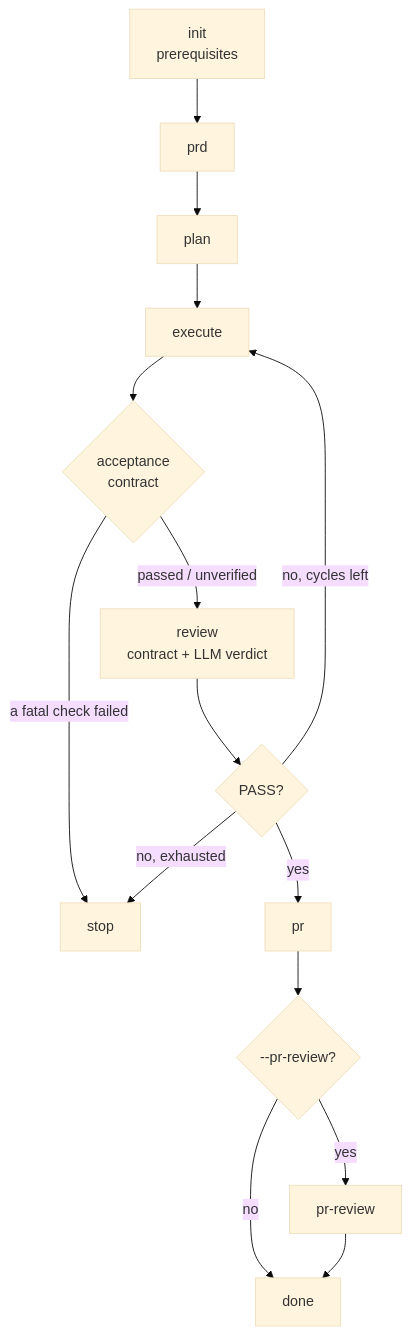
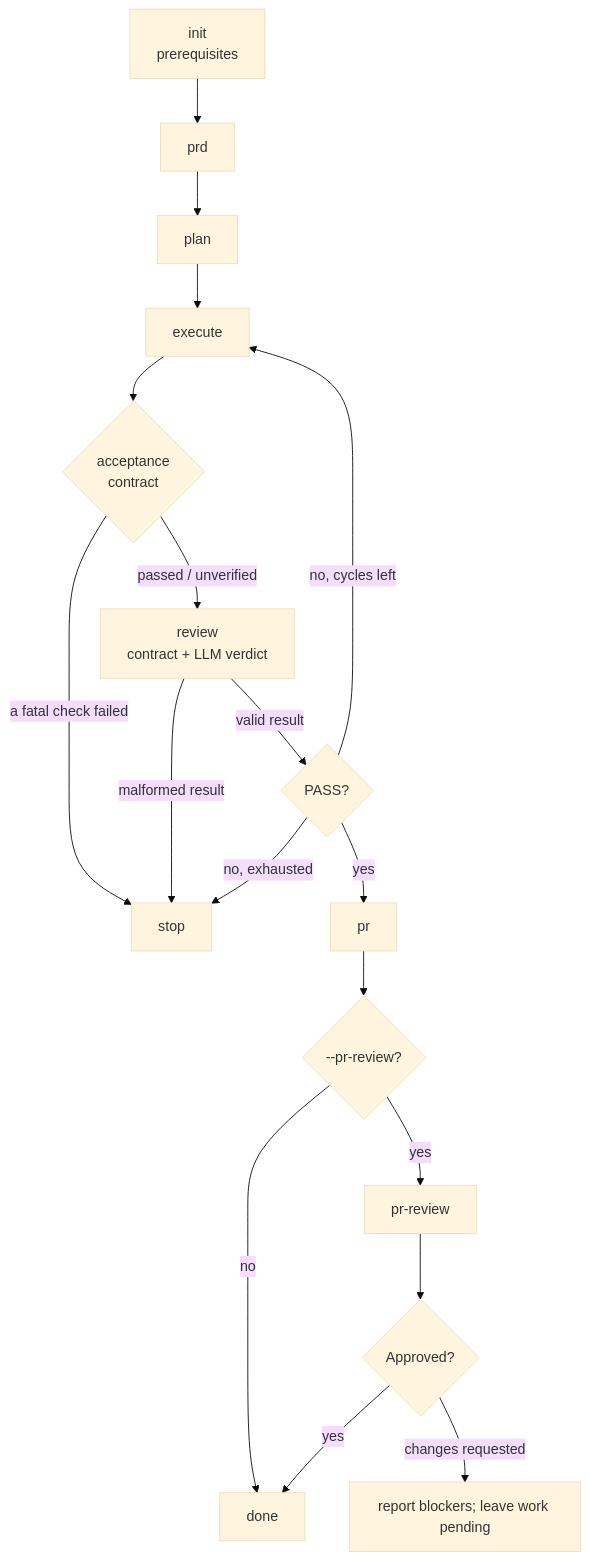
Before and after one commit to fabioassuncao/agent-skills: the diagram in docs/cli.md, drawn with Mermaid (base theme). The commit also changed other lines of this file and 11 other files, not shown here.

````diff
--- a/docs/cli.md
+++ b/docs/cli.md
@@ -59,17 +64,20 @@
 ```mermaid
 flowchart TB
     A["init<br/>prerequisites"] --> B["prd"]
     B --> C["plan"]
     C --> D["execute"]
     D --> V{"acceptance<br/>contract"}
     V -- "a fatal check failed" --> X["stop"]
     V -- "passed / unverified" --> R["review<br/>contract + LLM verdict"]
-    R --> F{"PASS?"}
+    R -- "malformed result" --> X
+    R -- "valid result" --> F{"PASS?"}
     F -- "no, cycles left" --> D
     F -- "no, exhausted" --> X
     F -- "yes" --> G["pr"]
     G --> J{"--pr-review?"}
     J -- "yes" --> K["pr-review"]
     J -- "no" --> L["done"]
-    K --> L
+    K --> M{"Approved?"}
+    M -- "yes" --> L
+    M -- "changes requested" --> N["report blockers; leave work pending"]
 ```
````
